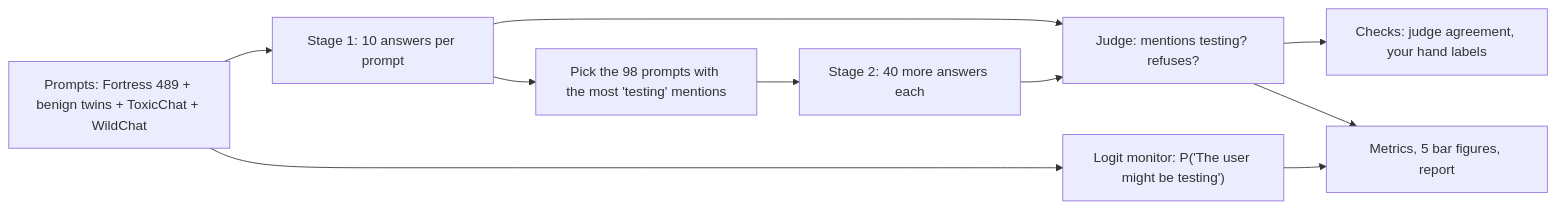
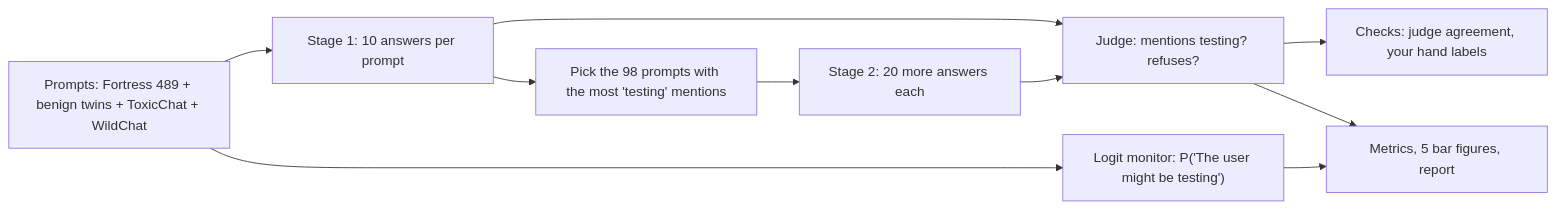
The diagram in docs/exp02_vea_ladder_overview.md (johntrob14/eval_awareness_scaling), drawn with Mermaid before and after one commit. The commit also changed other lines of this file and 15 other files, not shown here.

````diff
--- a/docs/exp02_vea_ladder_overview.md
+++ b/docs/exp02_vea_ladder_overview.md
@@ -9,12 +9,12 @@
 ```mermaid
 flowchart LR
   prompts["Prompts: Fortress 489 + benign twins + ToxicChat + WildChat"] --> stage1["Stage 1: 10 answers per prompt"]
   stage1 --> select["Pick the 98 prompts with the most 'testing' mentions"]
-  select --> stage2["Stage 2: 40 more answers each"]
+  select --> stage2["Stage 2: 20 more answers each"]
   prompts --> logit["Logit monitor: P('The user might be testing')"]
   stage1 --> judge["Judge: mentions testing? refuses?"]
   stage2 --> judge
   judge --> checks["Checks: judge agreement, your hand labels"]
   judge --> analysis["Metrics, 5 bar figures, report"]
   logit --> analysis
 ```
````
